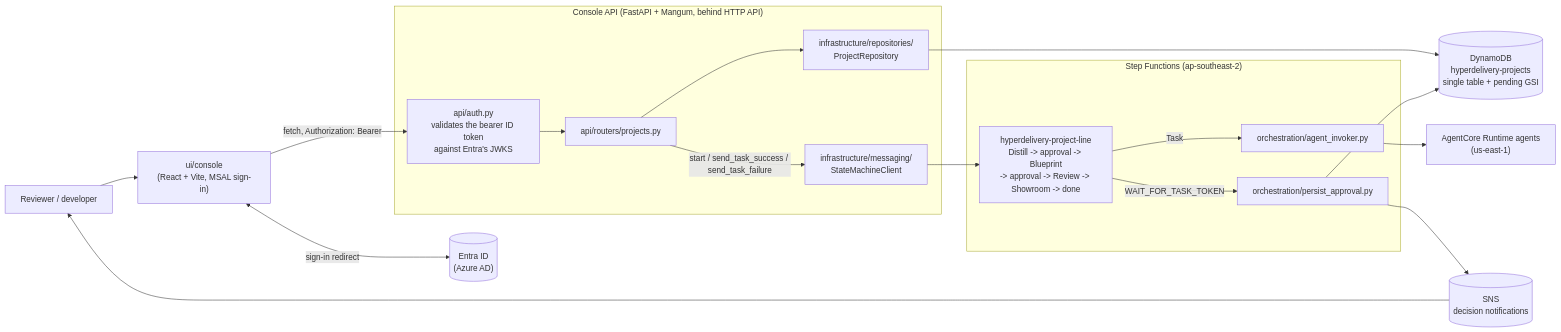
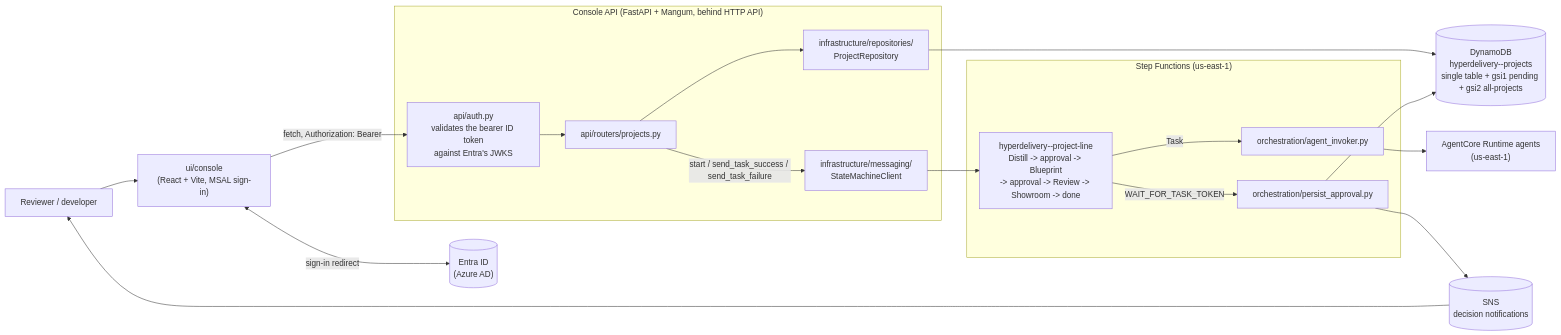
The second of 3 diagrams in docs/architecture.md (eitanflor/ua-hyperdelivery), drawn with Mermaid before and after one commit. The commit also changed other lines of this file and 44 other files, not shown here.

````diff
--- a/docs/architecture.md
+++ b/docs/architecture.md
@@ -68,34 +73,34 @@
 ```mermaid
 flowchart LR
     human["Reviewer / developer"]
     entra[("Entra ID\n(Azure AD)")]
     ui["ui/console\n(React + Vite, MSAL sign-in)"]
 
     subgraph api["Console API (FastAPI + Mangum, behind HTTP API)"]
         auth["api/auth.py\nvalidates the bearer ID token\nagainst Entra's JWKS"]
         routes["api/routers/projects.py"]
         repo["infrastructure/repositories/\nProjectRepository"]
         sfnclient["infrastructure/messaging/\nStateMachineClient"]
     end
 
-    subgraph orch["Step Functions (ap-southeast-2)"]
-        line["hyperdelivery-project-line\nDistill -> approval -> Blueprint\n-> approval -> Review -> Showroom -> done"]
+    subgraph orch["Step Functions (us-east-1)"]
+        line["hyperdelivery-<env>-project-line\nDistill -> approval -> Blueprint\n-> approval -> Review -> Showroom -> done"]
         invoker["orchestration/agent_invoker.py"]
         persist["orchestration/persist_approval.py"]
     end
 
-    ddb[("DynamoDB\nhyperdelivery-projects\nsingle table + pending GSI")]
+    ddb[("DynamoDB\nhyperdelivery-<env>-projects\nsingle table + gsi1 pending + gsi2 all-projects")]
     sns[("SNS\ndecision notifications")]
     agents["AgentCore Runtime agents\n(us-east-1)"]
 
     human --> ui
     ui <-->|"sign-in redirect"| entra
     ui -->|"fetch, Authorization: Bearer <ID token>"| auth --> routes
     routes --> repo --> ddb
     routes -->|"start / send_task_success / send_task_failure"| sfnclient --> line
 
     line -->|"Task"| invoker --> agents
     line -->|"WAIT_FOR_TASK_TOKEN"| persist
     persist --> ddb
     persist --> sns --> human
 ```
````
